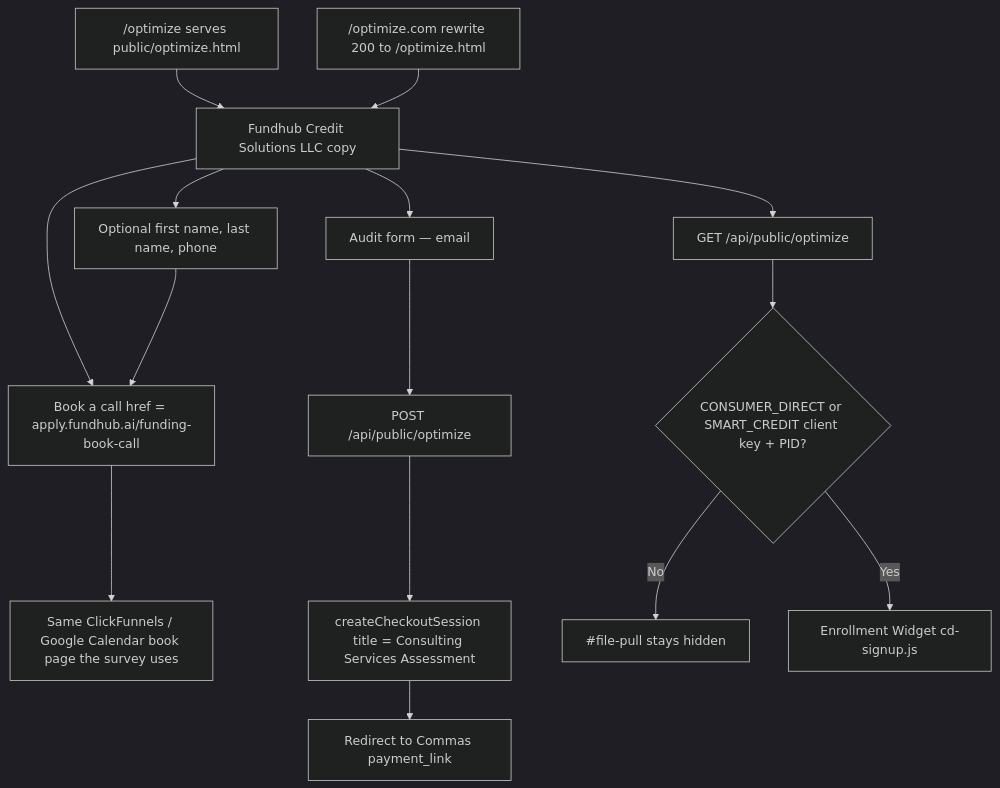
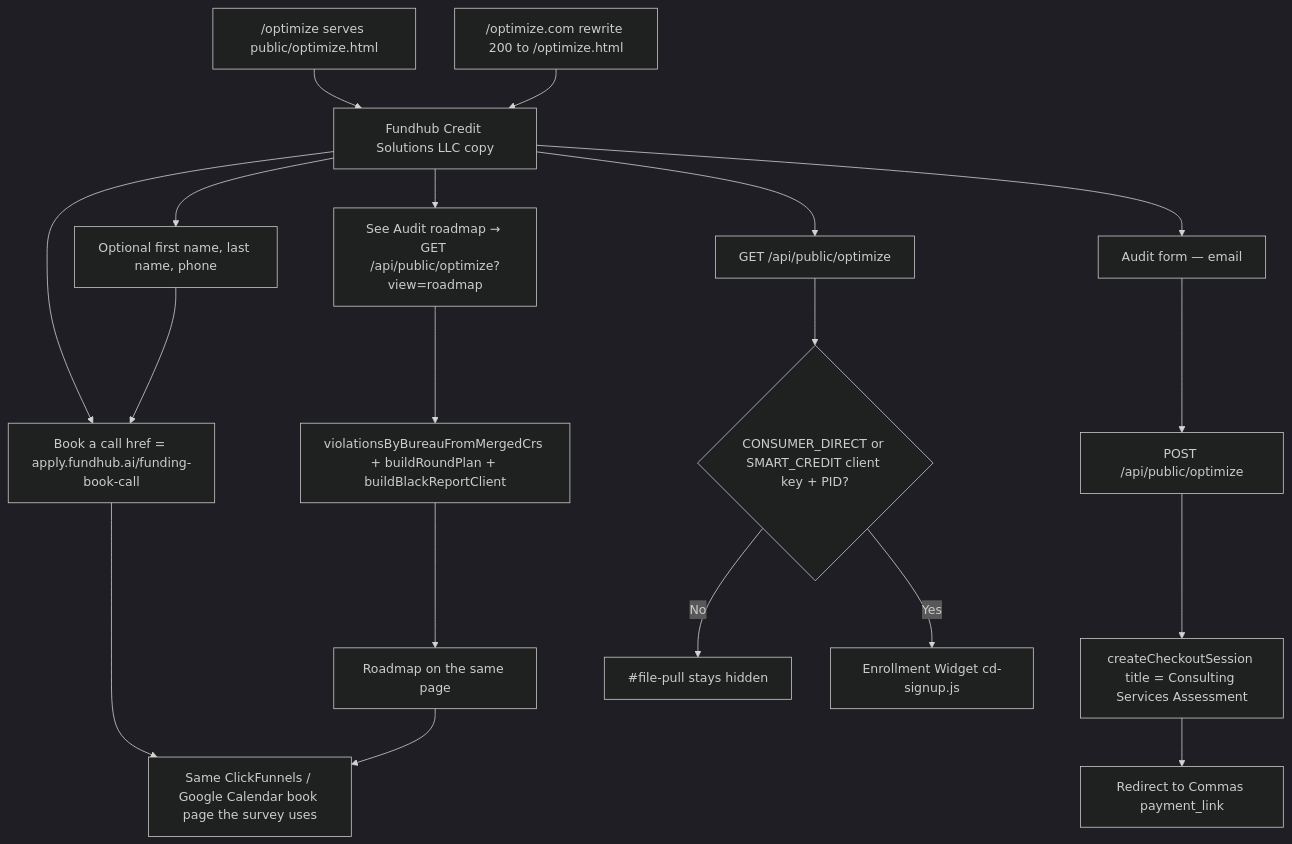
Before and after one commit to ZootimusMaximusSupreme/Fundhub_ai: the diagram in docs/journeys/optimize-actual.md, drawn with Mermaid (dark theme). The commit also changed other lines of this file and 9 other files, not shown here.

First line of the commit message:
Show the Audit roadmap from the existing repair brain on the hidden /optimize page.

````diff
--- a/docs/journeys/optimize-actual.md
+++ b/docs/journeys/optimize-actual.md
@@ -5,17 +5,21 @@
 ```mermaid
 flowchart TD
     PRETTY["/optimize serves public/optimize.html"] --> PAGE[Fundhub Credit Solutions LLC copy]
     REWRITE["/optimize.com rewrite 200 to /optimize.html"] --> PAGE
     PAGE --> FIELDS[Optional first name, last name, phone]
     PAGE --> BTN["Book a call href = apply.fundhub.ai/funding-book-call"]
     FIELDS --> BTN
     BTN --> CAL[Same ClickFunnels / Google Calendar book page the survey uses]
     PAGE --> AUDIT[Audit form — email]
     AUDIT --> POST["POST /api/public/optimize"]
     POST --> KEEP["createCheckoutSession title = Consulting Services Assessment"]
     KEEP --> PAY[Redirect to Commas payment_link]
     PAGE --> GET["GET /api/public/optimize"]
     GET --> GATE{CONSUMER_DIRECT or SMART_CREDIT client key + PID?}
+    PAGE --> MAP["See Audit roadmap → GET /api/public/optimize?view=roadmap"]
+    MAP --> BRAIN["violationsByBureauFromMergedCrs + buildRoundPlan + buildBlackReportClient"]
+    BRAIN --> PLAN["Roadmap on the same page"]
+    PLAN --> CAL
     GATE -->|No| HIDE["#file-pull stays hidden"]
     GATE -->|Yes| WIDGET["Enrollment Widget cd-signup.js"]
 ```
````
